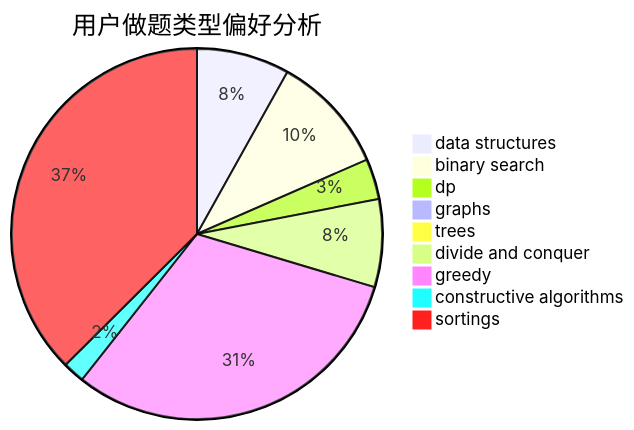
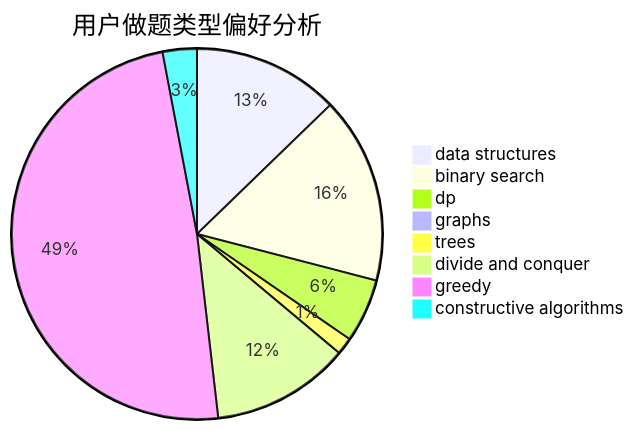
The second of 3 diagrams in docs/user/u245.md (sherpahu/cfrs.github.io), drawn with Mermaid before and after one commit. The commit also changed other lines of this file and 2769 other files, not shown here.

````diff
--- a/docs/user/u245.md
+++ b/docs/user/u245.md
@@ -18,12 +18,11 @@
 ```mermaid
 pie title 用户做题类型偏好分析
     "data structures" :  94
     "binary search" :  120
     "dp" :  41
     "graphs" :  3
     "trees" :  11
     "divide and conquer" :  89
     "greedy" :  360
     "constructive algorithms" :  22
-    "sortings" :  435
 ```
````
